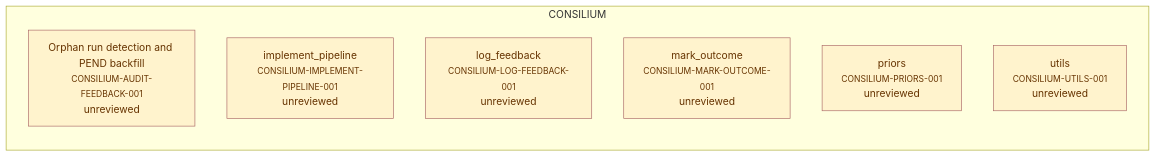
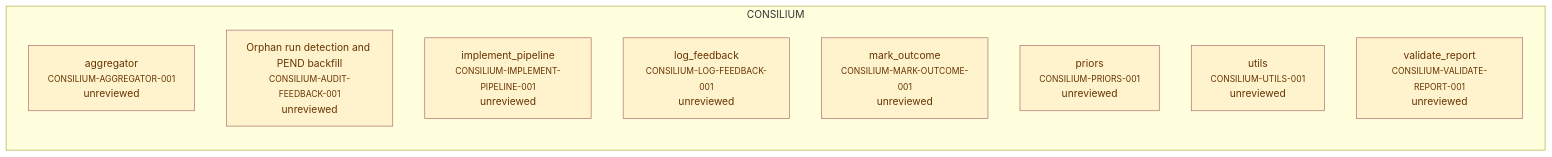
One commit to alxmax/Consilium changed the fourth of 4 diagrams in requirements/_map.md. Above: the diagram before and after it, drawn with Mermaid. The commit also changed other lines of this file and 16 other files, not shown here.

````diff
--- a/requirements/_map.md
+++ b/requirements/_map.md
@@ -222,17 +222,21 @@
 ```mermaid
 graph LR
   subgraph sg_CONSILIUM["CONSILIUM"]
+    CONSILIUM_AGGREGATOR_001["aggregator<br><small>CONSILIUM-AGGREGATOR-001</small><br>unreviewed"]
     CONSILIUM_AUDIT_FEEDBACK_001["Orphan run detection and PEND backfill<br><small>CONSILIUM-AUDIT-FEEDBACK-001</small><br>unreviewed"]
     CONSILIUM_IMPLEMENT_PIPELINE_001["implement_pipeline<br><small>CONSILIUM-IMPLEMENT-PIPELINE-001</small><br>unreviewed"]
     CONSILIUM_LOG_FEEDBACK_001["log_feedback<br><small>CONSILIUM-LOG-FEEDBACK-001</small><br>unreviewed"]
     CONSILIUM_MARK_OUTCOME_001["mark_outcome<br><small>CONSILIUM-MARK-OUTCOME-001</small><br>unreviewed"]
     CONSILIUM_PRIORS_001["priors<br><small>CONSILIUM-PRIORS-001</small><br>unreviewed"]
     CONSILIUM_UTILS_001["utils<br><small>CONSILIUM-UTILS-001</small><br>unreviewed"]
+    CONSILIUM_VALIDATE_REPORT_001["validate_report<br><small>CONSILIUM-VALIDATE-REPORT-001</small><br>unreviewed"]
   end
+  style CONSILIUM_AGGREGATOR_001 fill:#fff3cd,stroke:#a66,color:#630
   style CONSILIUM_AUDIT_FEEDBACK_001 fill:#fff3cd,stroke:#a66,color:#630
   style CONSILIUM_IMPLEMENT_PIPELINE_001 fill:#fff3cd,stroke:#a66,color:#630
   style CONSILIUM_LOG_FEEDBACK_001 fill:#fff3cd,stroke:#a66,color:#630
   style CONSILIUM_MARK_OUTCOME_001 fill:#fff3cd,stroke:#a66,color:#630
   style CONSILIUM_PRIORS_001 fill:#fff3cd,stroke:#a66,color:#630
   style CONSILIUM_UTILS_001 fill:#fff3cd,stroke:#a66,color:#630
+  style CONSILIUM_VALIDATE_REPORT_001 fill:#fff3cd,stroke:#a66,color:#630
 ```
````
